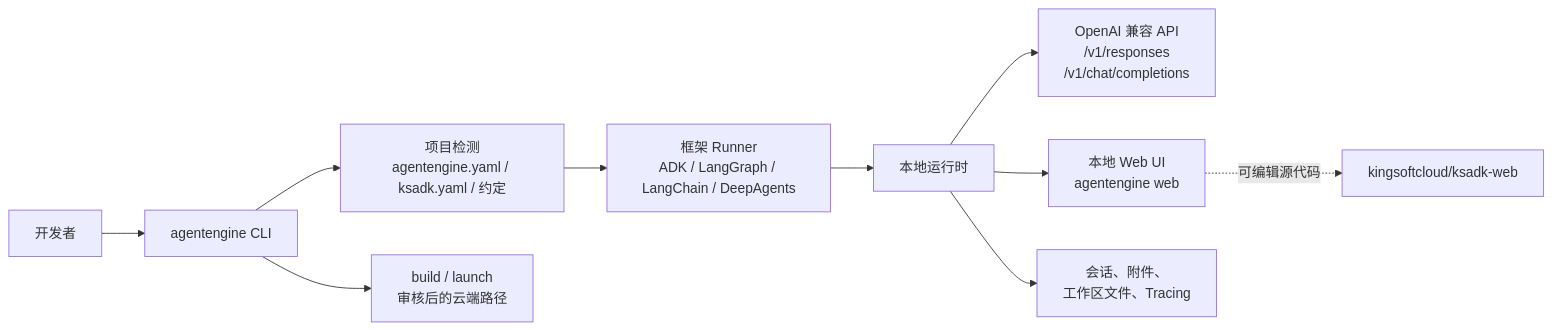
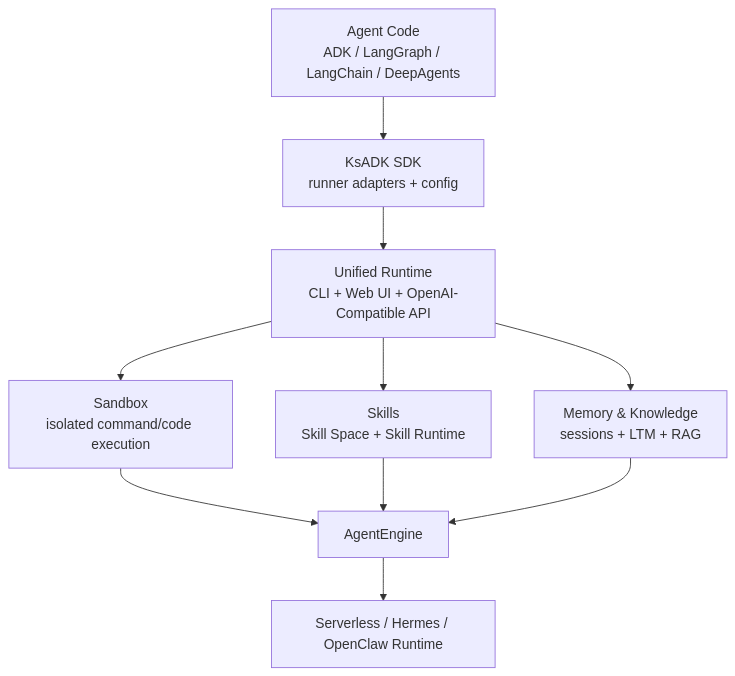
Before and after one commit to kingsoftcloud/ksadk-python: the diagram in public-docs/index.md, drawn with Mermaid. The commit also changed other lines of this file and 16 other files, not shown here.

Commit message:
docs: position ksadk as runtime platform

````diff
--- a/public-docs/index.md
+++ b/public-docs/index.md
@@ -34,12 +72,12 @@
 ```mermaid
-flowchart LR
-  Dev["开发者"] --> CLI["agentengine CLI"]
-  CLI --> Detect["项目检测<br/>agentengine.yaml / ksadk.yaml / 约定"]
-  Detect --> Runner["框架 Runner<br/>ADK / LangGraph / LangChain / DeepAgents"]
-  Runner --> Runtime["本地运行时"]
-  Runtime --> API["OpenAI 兼容 API<br/>/v1/responses<br/>/v1/chat/completions"]
-  Runtime --> UI["本地 Web UI<br/>agentengine web"]
-  Runtime --> Sessions["会话、附件、<br/>工作区文件、Tracing"]
-  CLI --> Package["build / launch<br/>审核后的云端路径"]
-  UI -. "可编辑源代码" .-> Web["kingsoftcloud/ksadk-web"]
+flowchart TD
+  Code["Agent Code<br/>ADK / LangGraph / LangChain / DeepAgents"] --> SDK["KsADK SDK<br/>runner adapters + config"]
+  SDK --> Runtime["Unified Runtime<br/>CLI + Web UI + OpenAI-Compatible API"]
+  Runtime --> Sandbox["Sandbox<br/>isolated command/code execution"]
+  Runtime --> Skills["Skills<br/>Skill Space + Skill Runtime"]
+  Runtime --> Memory["Memory & Knowledge<br/>sessions + LTM + RAG"]
+  Sandbox --> Engine["AgentEngine"]
+  Skills --> Engine
+  Memory --> Engine
+  Engine --> Backends["Serverless / Hermes / OpenClaw Runtime"]
 ```
````
